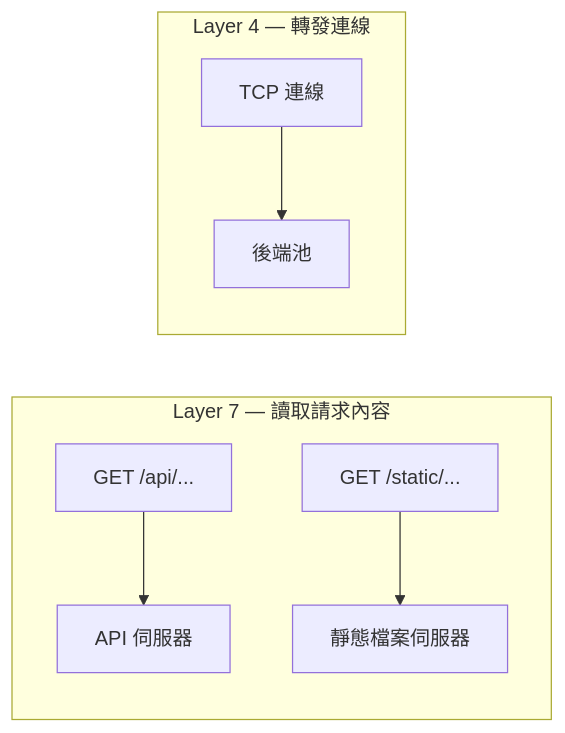
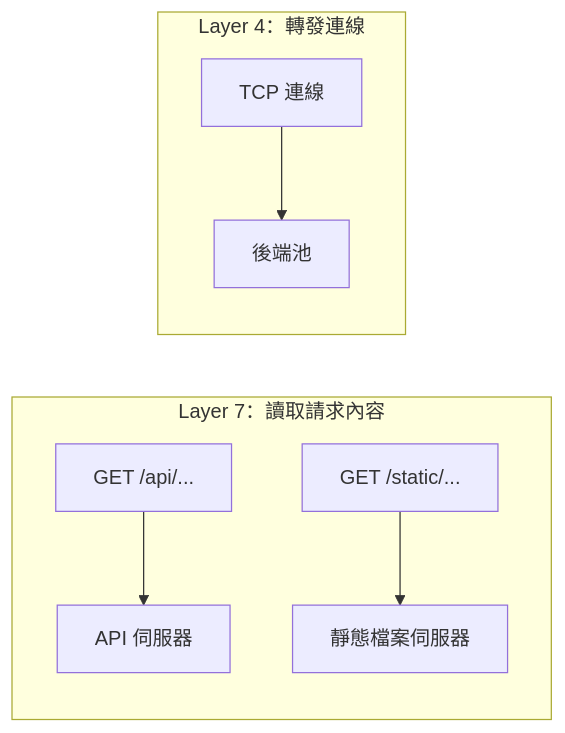
Before and after one commit to Charmying/blog: the fourth of 10 diagrams in src/posts/zh-TW/load-balancing.mdx, drawn with Mermaid. The commit also changed other lines of this file and 157 other files, not shown here.

````diff
--- a/src/posts/zh-TW/load-balancing.mdx
+++ b/src/posts/zh-TW/load-balancing.mdx
@@ -120,10 +120,10 @@
 ```mermaid
 flowchart LR
-    subgraph L7["Layer 7 — 讀取請求內容"]
+    subgraph L7["Layer 7：讀取請求內容"]
         r1["GET /api/..."] --> api["API 伺服器"]
         r2["GET /static/..."] --> static["靜態檔案伺服器"]
     end
-    subgraph L4["Layer 4 — 轉發連線"]
+    subgraph L4["Layer 4：轉發連線"]
         conn["TCP 連線"] --> pool["後端池"]
     end
 ```
````
